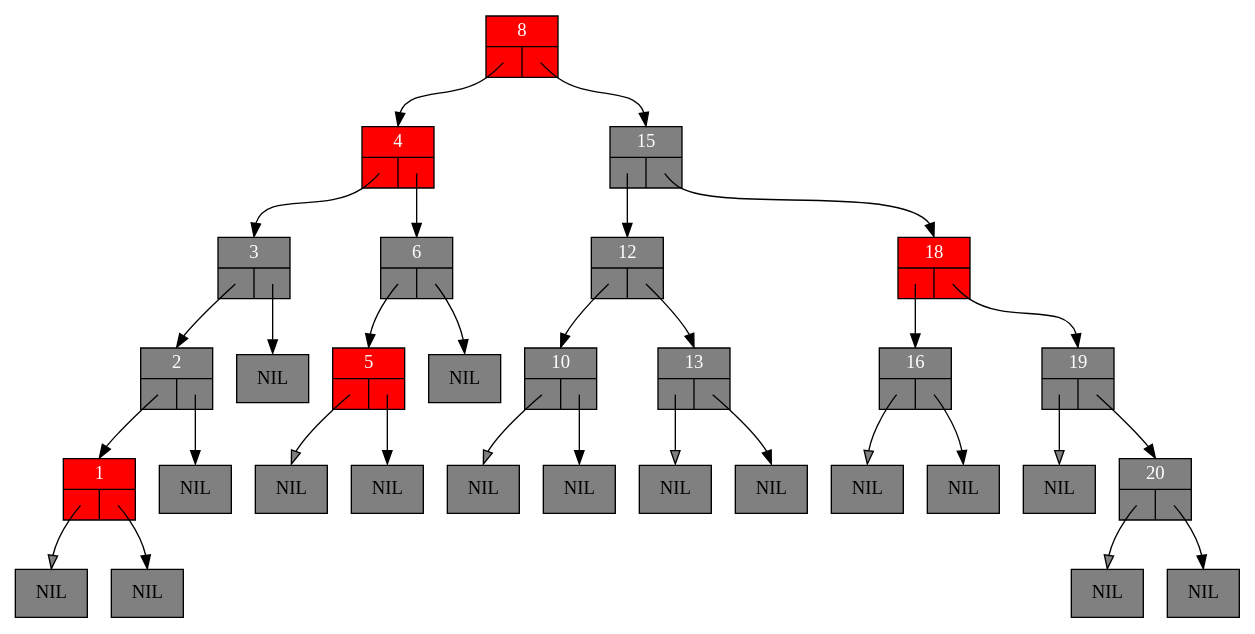
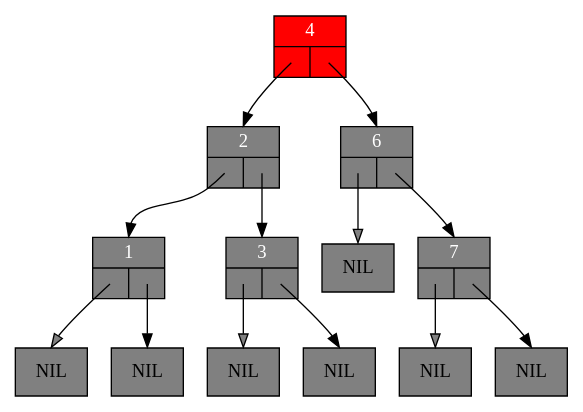
Before and after one commit to NOTuglyduckling/C: the diagram in Algo3/base_code_lab6/Code/thetree-5.dot, drawn with Graphviz. The commit also changed 22 other files, not shown here.

```diff
--- a/Algo3/base_code_lab6/Code/thetree-5.dot
+++ b/Algo3/base_code_lab6/Code/thetree-5.dot
@@ -1,67 +1,31 @@
 digraph RedBlackTree {
 	graph [ranksep=0.5];
 	node [shape = record];
 
-	n1 [style=filled, fillcolor=red, fontcolor=white, label="{1|{<left>|<right>}}"];
+	n1 [style=filled, fillcolor=grey, fontcolor=white, label="{1|{<left>|<right>}}"];
 	lnil1 [style=filled, fillcolor=grey, label="NIL"];
 	n1:left:c -> lnil1:n [fillcolor=grey, headclip=false, tailclip=false]
 	rnil1 [style=filled, fillcolor=grey, label="NIL"];
 	n1:right:c -> rnil1:n [headclip=false, tailclip=false]
 	n2 [style=filled, fillcolor=grey, fontcolor=white, label="{2|{<left>|<right>}}"];
 	n2:left:c -> n1:n [headclip=false, tailclip=false]
-	rnil2 [style=filled, fillcolor=grey, label="NIL"];
-	n2:right:c -> rnil2:n [headclip=false, tailclip=false]
+	n2:right:c -> n3:n [headclip=false, tailclip=false]
 	n3 [style=filled, fillcolor=grey, fontcolor=white, label="{3|{<left>|<right>}}"];
-	n3:left:c -> n2:n [headclip=false, tailclip=false]
+	lnil3 [style=filled, fillcolor=grey, label="NIL"];
+	n3:left:c -> lnil3:n [fillcolor=grey, headclip=false, tailclip=false]
 	rnil3 [style=filled, fillcolor=grey, label="NIL"];
 	n3:right:c -> rnil3:n [headclip=false, tailclip=false]
 	n4 [style=filled, fillcolor=red, fontcolor=white, label="{4|{<left>|<right>}}"];
-	n4:left:c -> n3:n [headclip=false, tailclip=false]
+	n4:left:c -> n2:n [headclip=false, tailclip=false]
 	n4:right:c -> n6:n [headclip=false, tailclip=false]
-	n5 [style=filled, fillcolor=red, fontcolor=white, label="{5|{<left>|<right>}}"];
-	lnil5 [style=filled, fillcolor=grey, label="NIL"];
-	n5:left:c -> lnil5:n [fillcolor=grey, headclip=false, tailclip=false]
-	rnil5 [style=filled, fillcolor=grey, label="NIL"];
-	n5:right:c -> rnil5:n [headclip=false, tailclip=false]
 	n6 [style=filled, fillcolor=grey, fontcolor=white, label="{6|{<left>|<right>}}"];
-	n6:left:c -> n5:n [headclip=false, tailclip=false]
-	rnil6 [style=filled, fillcolor=grey, label="NIL"];
-	n6:right:c -> rnil6:n [headclip=false, tailclip=false]
-	n8 [style=filled, fillcolor=red, fontcolor=white, label="{8|{<left>|<right>}}"];
-	n8:left:c -> n4:n [headclip=false, tailclip=false]
-	n8:right:c -> n15:n [headclip=false, tailclip=false]
-	n10 [style=filled, fillcolor=grey, fontcolor=white, label="{10|{<left>|<right>}}"];
-	lnil10 [style=filled, fillcolor=grey, label="NIL"];
-	n10:left:c -> lnil10:n [fillcolor=grey, headclip=false, tailclip=false]
-	rnil10 [style=filled, fillcolor=grey, label="NIL"];
-	n10:right:c -> rnil10:n [headclip=false, tailclip=false]
-	n12 [style=filled, fillcolor=grey, fontcolor=white, label="{12|{<left>|<right>}}"];
-	n12:left:c -> n10:n [headclip=false, tailclip=false]
-	n12:right:c -> n13:n [headclip=false, tailclip=false]
-	n13 [style=filled, fillcolor=grey, fontcolor=white, label="{13|{<left>|<right>}}"];
-	lnil13 [style=filled, fillcolor=grey, label="NIL"];
-	n13:left:c -> lnil13:n [fillcolor=grey, headclip=false, tailclip=false]
-	rnil13 [style=filled, fillcolor=grey, label="NIL"];
-	n13:right:c -> rnil13:n [headclip=false, tailclip=false]
-	n15 [style=filled, fillcolor=grey, fontcolor=white, label="{15|{<left>|<right>}}"];
-	n15:left:c -> n12:n [headclip=false, tailclip=false]
-	n15:right:c -> n18:n [headclip=false, tailclip=false]
-	n16 [style=filled, fillcolor=grey, fontcolor=white, label="{16|{<left>|<right>}}"];
-	lnil16 [style=filled, fillcolor=grey, label="NIL"];
-	n16:left:c -> lnil16:n [fillcolor=grey, headclip=false, tailclip=false]
-	rnil16 [style=filled, fillcolor=grey, label="NIL"];
-	n16:right:c -> rnil16:n [headclip=false, tailclip=false]
-	n18 [style=filled, fillcolor=red, fontcolor=white, label="{18|{<left>|<right>}}"];
-	n18:left:c -> n16:n [headclip=false, tailclip=false]
-	n18:right:c -> n19:n [headclip=false, tailclip=false]
-	n19 [style=filled, fillcolor=grey, fontcolor=white, label="{19|{<left>|<right>}}"];
-	lnil19 [style=filled, fillcolor=grey, label="NIL"];
-	n19:left:c -> lnil19:n [fillcolor=grey, headclip=false, tailclip=false]
-	n19:right:c -> n20:n [headclip=false, tailclip=false]
-	n20 [style=filled, fillcolor=grey, fontcolor=white, label="{20|{<left>|<right>}}"];
-	lnil20 [style=filled, fillcolor=grey, label="NIL"];
-	n20:left:c -> lnil20:n [fillcolor=grey, headclip=false, tailclip=false]
-	rnil20 [style=filled, fillcolor=grey, label="NIL"];
-	n20:right:c -> rnil20:n [headclip=false, tailclip=false]
+	lnil6 [style=filled, fillcolor=grey, label="NIL"];
+	n6:left:c -> lnil6:n [fillcolor=grey, headclip=false, tailclip=false]
+	n6:right:c -> n7:n [headclip=false, tailclip=false]
+	n7 [style=filled, fillcolor=grey, fontcolor=white, label="{7|{<left>|<right>}}"];
+	lnil7 [style=filled, fillcolor=grey, label="NIL"];
+	n7:left:c -> lnil7:n [fillcolor=grey, headclip=false, tailclip=false]
+	rnil7 [style=filled, fillcolor=grey, label="NIL"];
+	n7:right:c -> rnil7:n [headclip=false, tailclip=false]
 
 }
```
